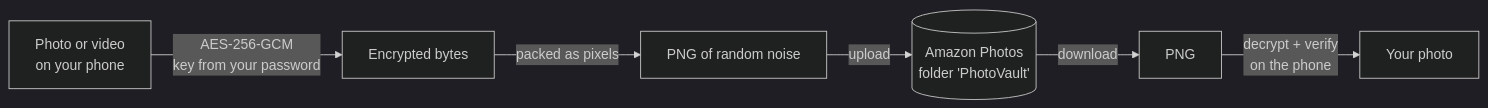
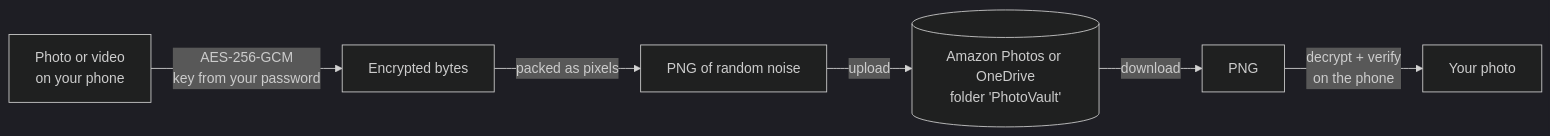
The diagram in README.md (rimaturus/CloakRoll), drawn with Mermaid (dark theme) before and after one commit. The commit also changed other lines of this file and 14 other files, not shown here.

````diff
--- a/README.md
+++ b/README.md
@@ -31,8 +31,8 @@
 ```mermaid
 flowchart LR
     A[Photo or video<br/>on your phone] -->|AES-256-GCM<br/>key from your password| B[Encrypted bytes]
     B -->|packed as pixels| C[PNG of random noise]
-    C -->|upload| D[(Amazon Photos<br/>folder 'PhotoVault')]
+    C -->|upload| D[(Amazon Photos or OneDrive<br/>folder 'PhotoVault')]
     D -->|download| E[PNG]
     E -->|decrypt + verify<br/>on the phone| F[Your photo]
 ```
````
